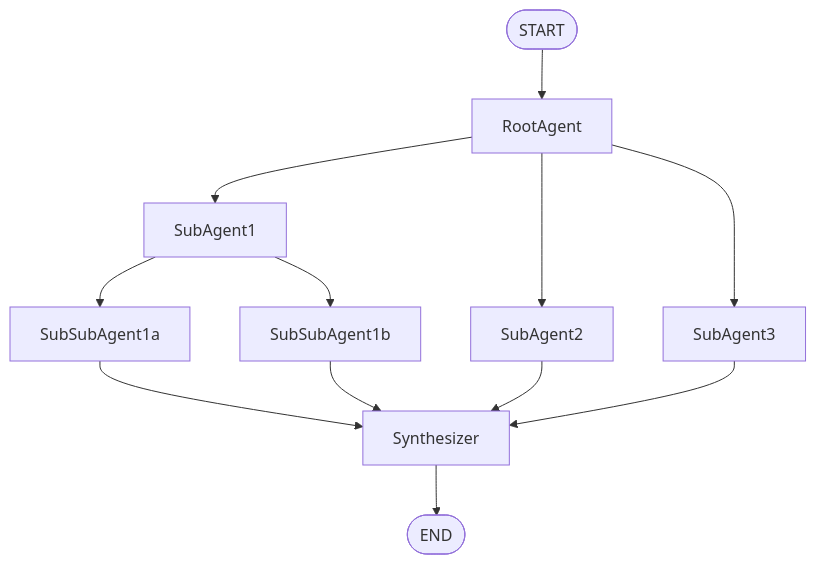
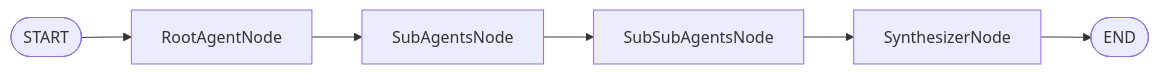
One commit to Proact0/Act-Operator changed the eighth of 13 diagrams in act_operator/act_operator/scaffold/{{ cookiecutter.act_slug }}/.claude/skills/act-architect/resources/agentic-design-patterns.md. Above: the diagram before and after it, drawn with Mermaid. The commit also changed other lines of this file and 9 other files, not shown here.

Commit message:
Update version to 0.2.4, add new template paths for improved project scaffolding, and enhance documentation for interactive conversation protocols in the act-architect skill.

````diff
--- a/act_operator/act_operator/scaffold/{{ cookiecutter.act_slug }}/.claude/skills/act-architect/resources/agentic-design-patterns.md
+++ b/act_operator/act_operator/scaffold/{{ cookiecutter.act_slug }}/.claude/skills/act-architect/resources/agentic-design-patterns.md
@@ -208,10 +218,8 @@
 ```mermaid
-graph TB
-    START([START]) --> RootAgent
-    RootAgent --> SubAgent1 & SubAgent2 & SubAgent3
-    SubAgent1 --> SubSubAgent1a & SubSubAgent1b
-    SubSubAgent1a & SubSubAgent1b --> Synthesizer
-    SubAgent2 --> Synthesizer
-    SubAgent3 --> Synthesizer
-    Synthesizer --> END([END])
+graph LR
+    START([START]) --> A[RootAgentNode]
+    A --> B[SubAgentsNode]
+    B --> C[SubSubAgentsNode]
+    C --> D[SynthesizerNode]
+    D --> END([END])
 ```
````
